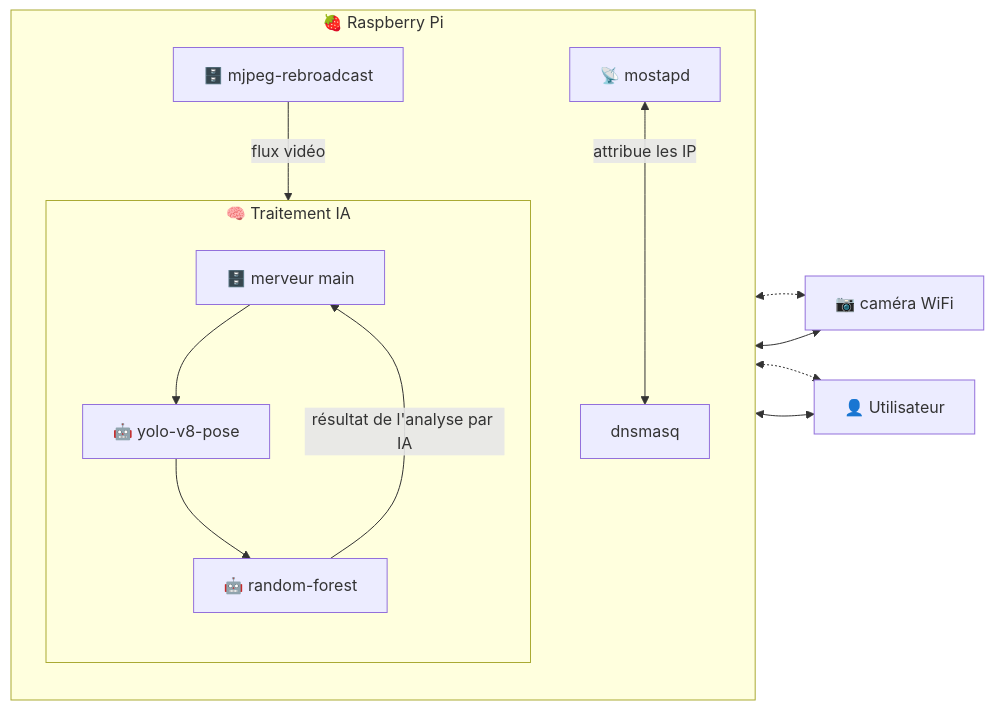
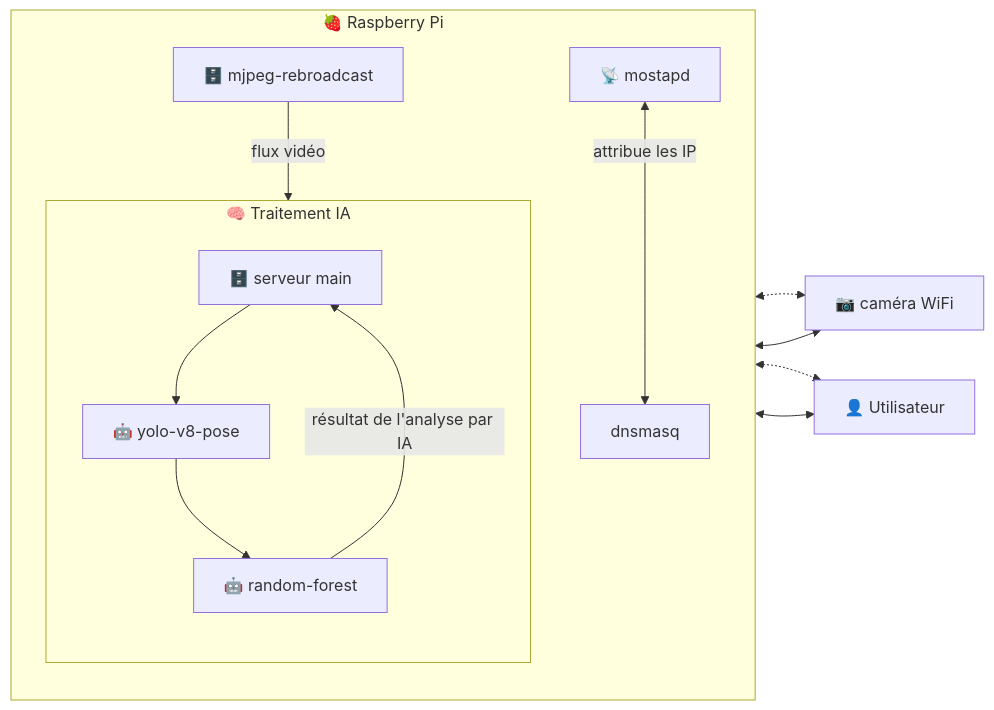
One commit to r0bertleberger/hailo-rpi5-examples changed the diagram in README.md. Above: the diagram before and after it, drawn with Mermaid.

````diff
--- a/README.md
+++ b/README.md
@@ -7,32 +7,32 @@
 ```mermaid
 graph LR;
     C[📷 caméra WiFi] 
 
     subgraph "🍓 Raspberry Pi"
         direction TB
         AP[📡 mostapd]
         DHCP[dnsmasq]
         Mjpeg[🗄️ mjpeg-rebroadcast]
-        Main[🗄️ merveur main]
+        Main[🗄️ serveur main]
 
         AP <--> |attribue les IP| DHCP
         Mjpeg --> |flux vidéo| Main
 
         subgraph "🧠 Traitement IA"
             direction TB
             yolo[🤖 yolo-v8-pose]
             random[🤖 random-forest]
 
             Main --> yolo
             yolo --> random
             random --> |résultat de l'analyse par IA| Main
         end
     end
 
     U[👤 Utilisateur]
 
     C <--> AP
     Mjpeg <-.-> C
     Main <-.-> U
     AP <--> U
 ```
````
